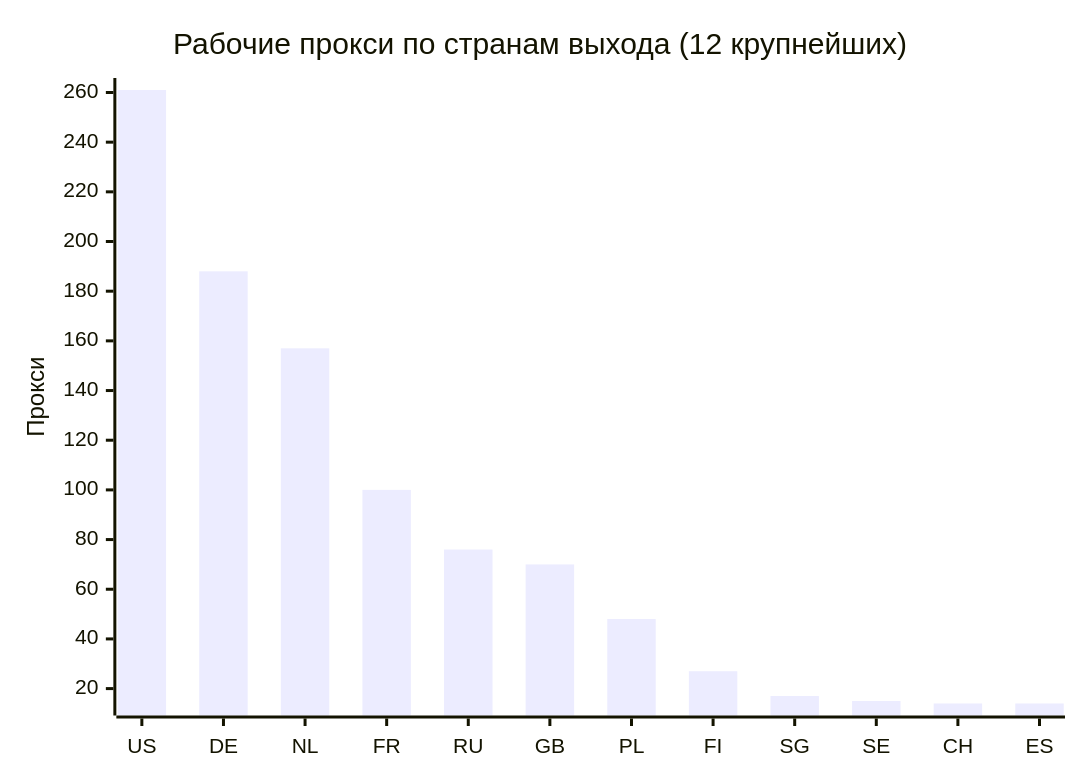
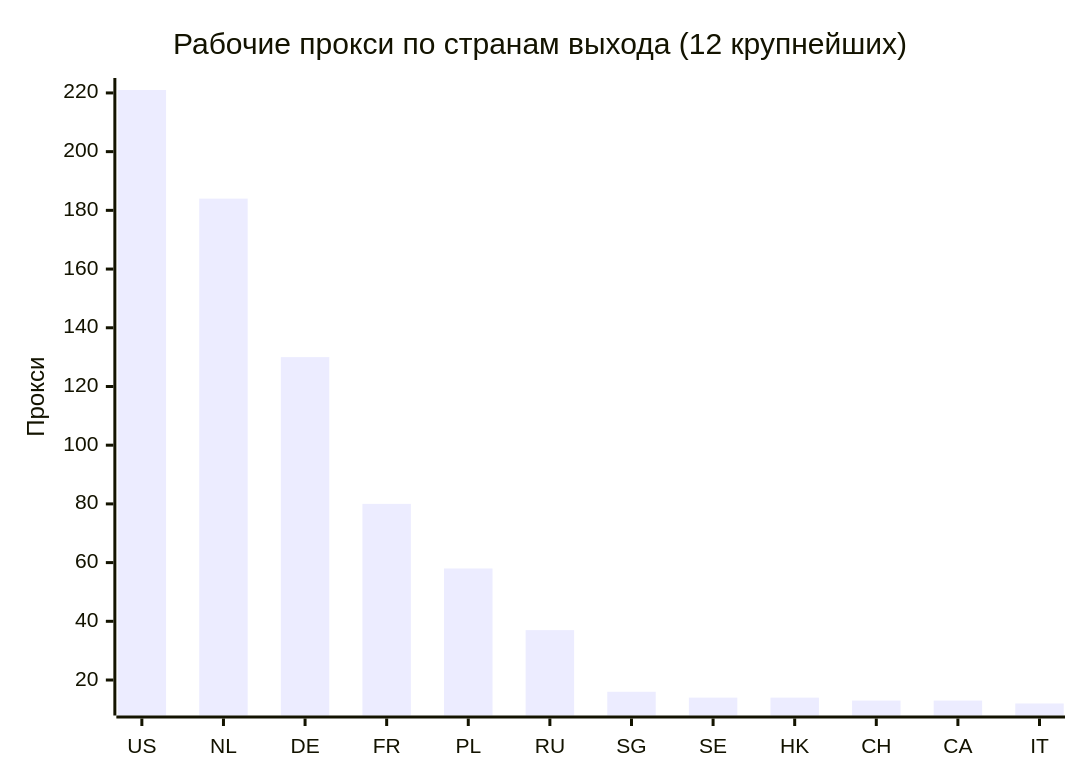
The second of 4 diagrams in README.md (rvvg/proxy-subs), drawn with Mermaid before and after one commit. The commit also changed other lines of this file and 50 other files, not shown here.

````diff
--- a/README.md
+++ b/README.md
@@ -131,7 +128,7 @@
 ```mermaid
 xychart-beta
     title "Рабочие прокси по странам выхода (12 крупнейших)"
-    x-axis ["US", "DE", "NL", "FR", "RU", "GB", "PL", "FI", "SG", "SE", "CH", "ES"]
+    x-axis ["US", "NL", "DE", "FR", "PL", "RU", "SG", "SE", "HK", "CH", "CA", "IT"]
     y-axis "Прокси"
-    bar [261, 188, 157, 100, 76, 70, 48, 27, 17, 15, 14, 14]
+    bar [221, 184, 130, 80, 58, 37, 16, 14, 14, 13, 13, 12]
 ```
````
